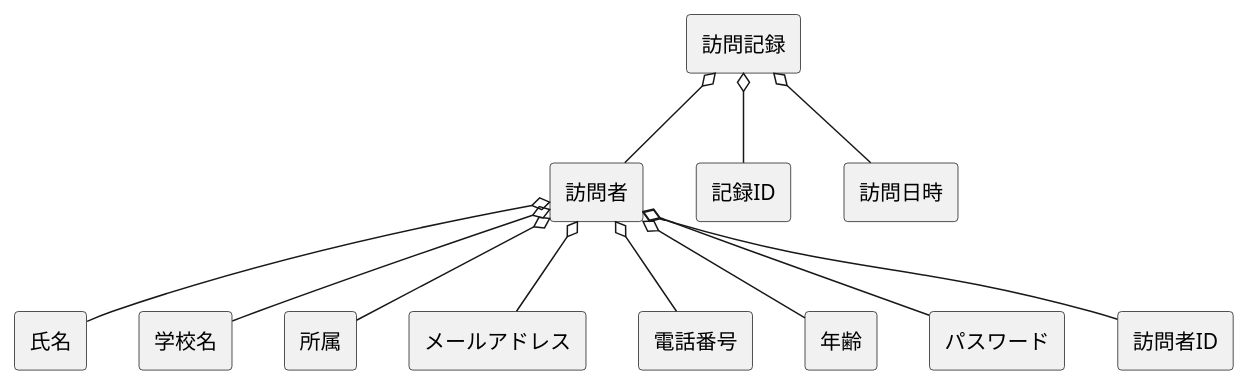
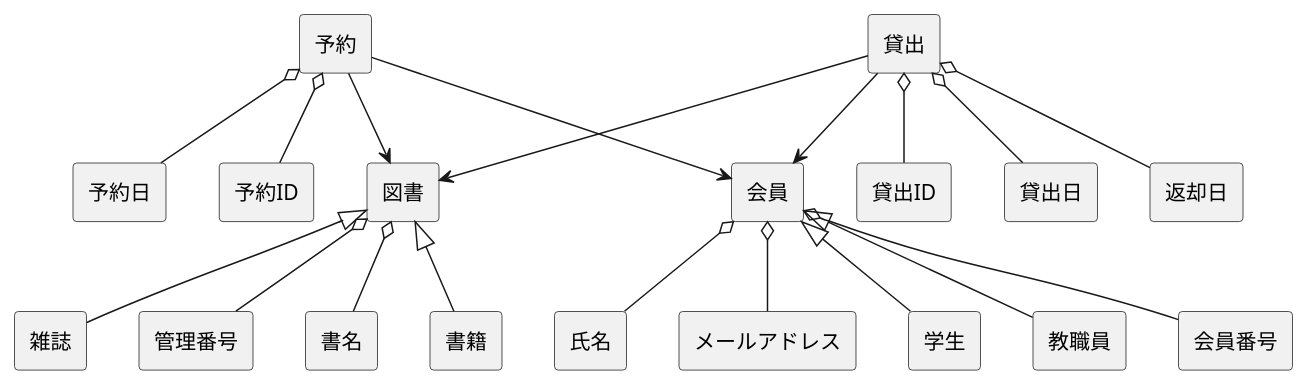
One commit to ghbuser12/ohara_uml changed the diagram in kouka_library/domain.pu. Above: the diagram before and after it, drawn with PlantUML.

Commit message:
domain追加

```diff
--- a/kouka_library/domain.pu
+++ b/kouka_library/domain.pu
@@ -1,17 +1,30 @@
-@startuml Web訪問者システムドメインモデル図
+@startuml 図書館システムドメインモデル図
 skinparam componentStyle rectangle
 
-[訪問者] o-- [氏名]
-[訪問者] o-- [学校名]
-[訪問者] o-- [所属]
-[訪問者] o-- [メールアドレス]
-[訪問者] o-- [電話番号]
-[訪問者] o-- [年齢]
-[訪問者] o-- [パスワード]
-[訪問者] o-- [訪問者ID]
+' 会員関連
+[会員] <|-- [学生]
+[会員] <|-- [教職員]
+[会員] o-- [会員番号]
+[会員] o-- [氏名]
+[会員] o-- [メールアドレス]
 
-[訪問記録] o-- [記録ID]
-[訪問記録] o-- [訪問日時]
-[訪問記録] o-- [訪問者]
+' 図書関連
+[図書] <|-- [書籍]
+[図書] <|-- [雑誌]
+[図書] o-- [管理番号]
+[図書] o-- [書名]
+
+' 貸出関連
+[貸出] o-- [貸出ID]
+[貸出] o-- [貸出日]
+[貸出] o-- [返却日]
+[貸出] --> [会員]
+[貸出] --> [図書]
+
+' 予約関連
+[予約] o-- [予約ID]
+[予約] o-- [予約日]
+[予約] --> [会員]
+[予約] --> [図書]
 
 @enduml
```
